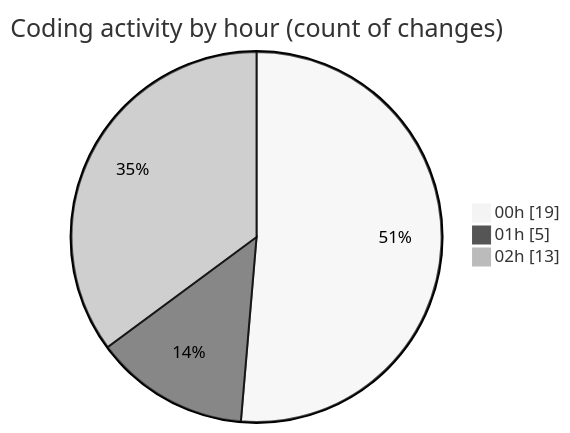
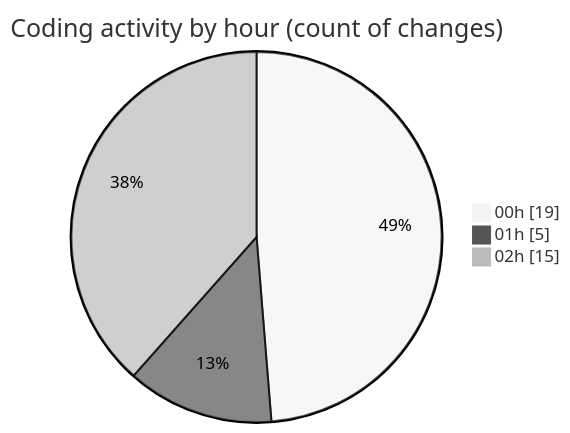
Before and after one commit to Elitesun/code-tracking: the second of 2 diagrams in 2025-02-14/elitegpt/README.md, drawn with Mermaid (neutral theme). The commit also changed other lines of this file and 1 other file, not shown here.

````diff
--- a/2025-02-14/elitegpt/README.md
+++ b/2025-02-14/elitegpt/README.md
@@ -33,7 +33,7 @@
 ```mermaid
 pie showData
 title Coding activity by hour (count of changes)
 "00h" : 19
 "01h" : 5
-"02h" : 13
+"02h" : 15
 ```
````
